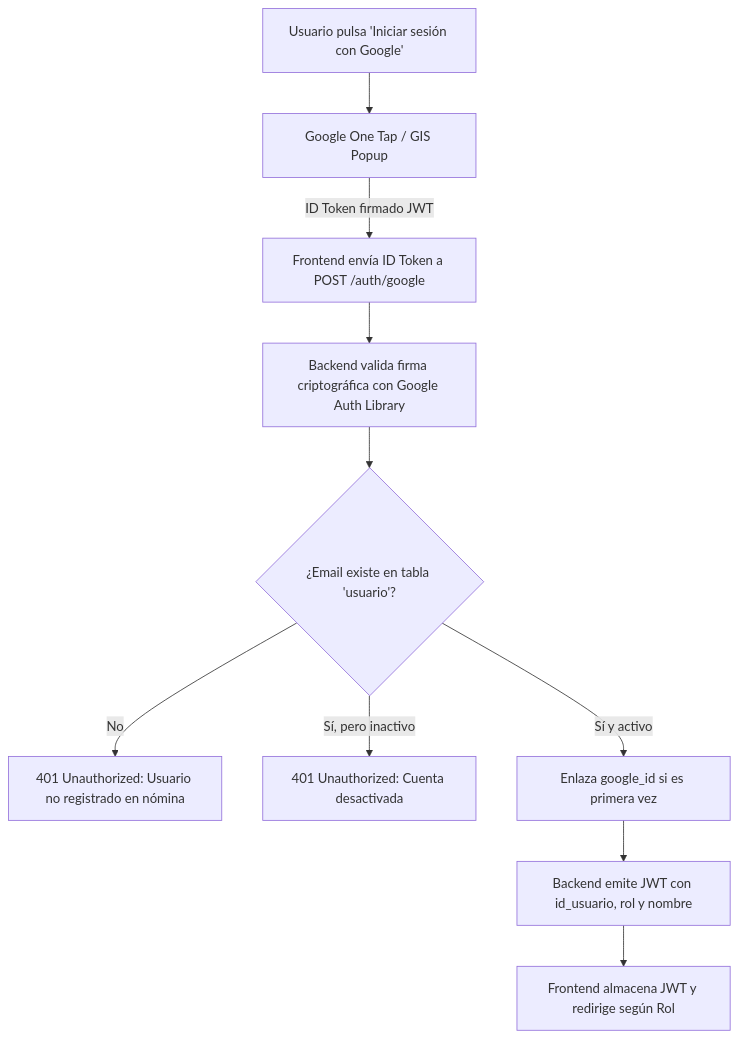
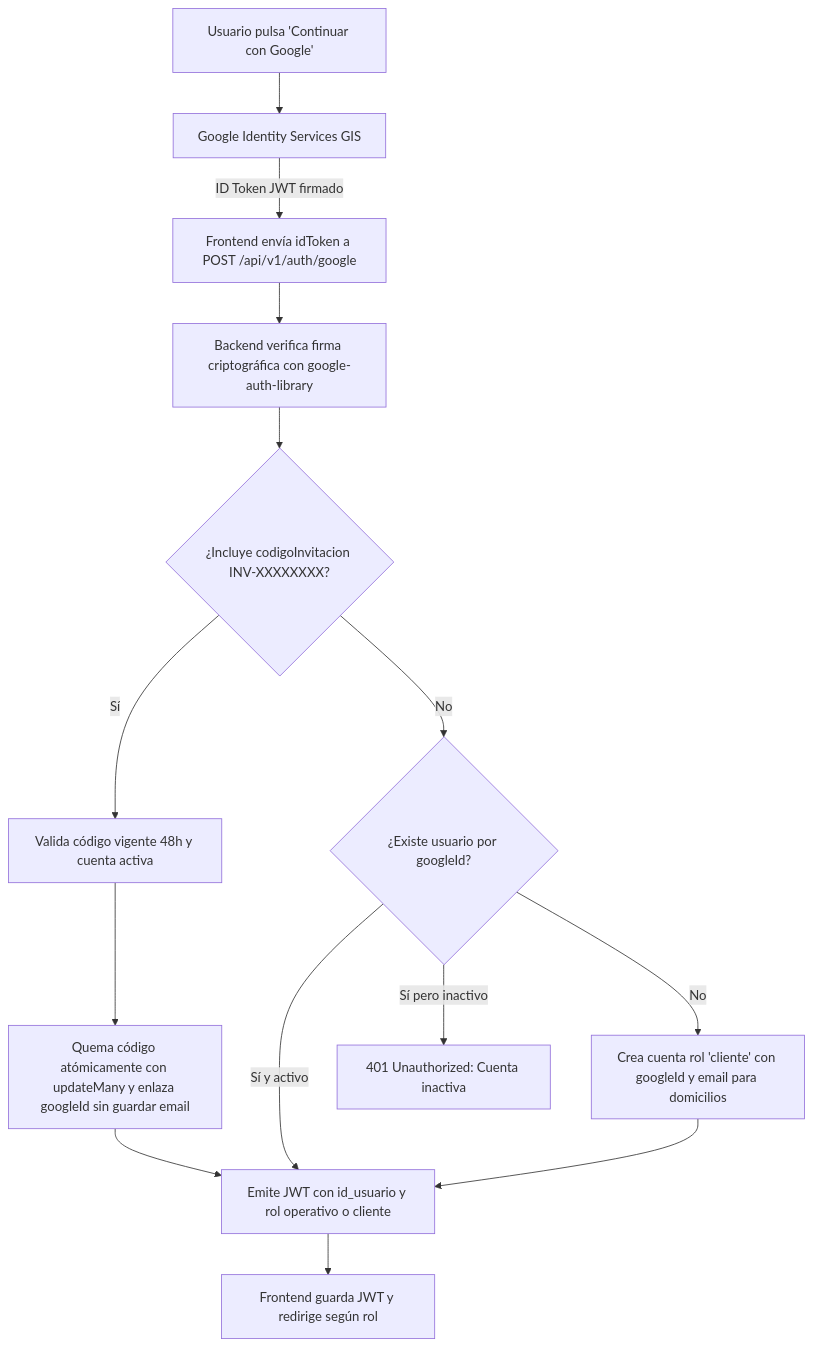
One commit to juanesmartinezunicauca/MesaLista changed the second of 2 diagrams in README.md. Above: the diagram before and after it, drawn with Mermaid. The commit also changed other lines of this file and 73 other files, not shown here.

````diff
--- a/README.md
+++ b/README.md
@@ -204,12 +208,16 @@
 ```mermaid
 flowchart TD
-    A[Usuario pulsa 'Iniciar sesión con Google'] --> B[Google One Tap / GIS Popup]
-    B -->|ID Token firmado JWT| C[Frontend envía ID Token a POST /auth/google]
-    C --> D[Backend valida firma criptográfica con Google Auth Library]
-    D --> E{¿Email existe en tabla 'usuario'?}
-    E -->|No| F[401 Unauthorized: Usuario no registrado en nómina]
-    E -->|Sí, pero inactivo| G[401 Unauthorized: Cuenta desactivada]
-    E -->|Sí y activo| H[Enlaza google_id si es primera vez]
-    H --> I[Backend emite JWT con id_usuario, rol y nombre]
-    I --> J[Frontend almacena JWT y redirige según Rol]
+    A[Usuario pulsa 'Continuar con Google'] --> B[Google Identity Services GIS]
+    B -->|ID Token JWT firmado| C[Frontend envía idToken a POST /api/v1/auth/google]
+    C --> D[Backend verifica firma criptográfica con google-auth-library]
+    D --> E{¿Incluye codigoInvitacion INV-XXXXXXXX?}
+    E -->|Sí| F[Valida código vigente 48h y cuenta activa]
+    F --> G[Quema código atómicamente con updateMany y enlaza googleId sin guardar email]
+    E -->|No| H{¿Existe usuario por googleId?}
+    H -->|Sí y activo| I[Emite JWT con id_usuario y rol operativo o cliente]
+    H -->|Sí pero inactivo| J[401 Unauthorized: Cuenta inactiva]
+    H -->|No| K[Crea cuenta rol 'cliente' con googleId y email para domicilios]
+    G --> I
+    K --> I
+    I --> L[Frontend guarda JWT y redirige según rol]
 ```
````
